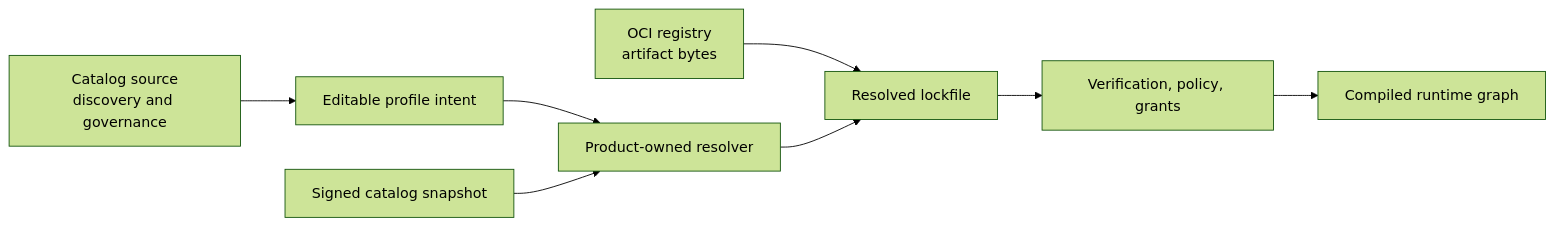
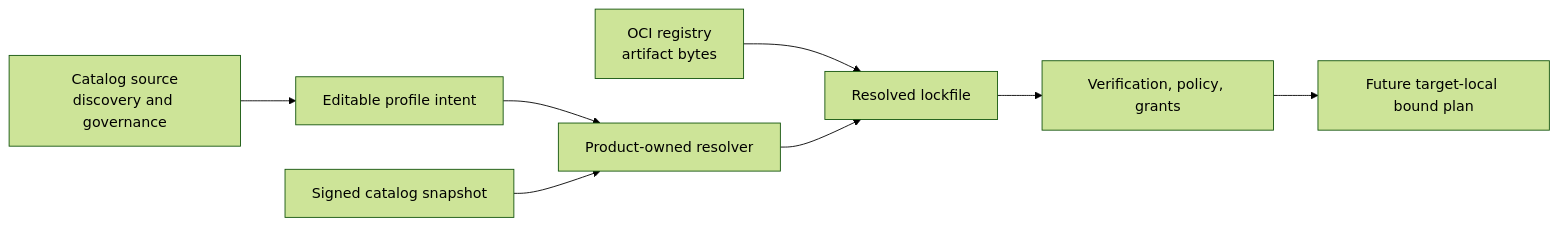
The first of 3 diagrams in docs/qualification/universal-module-extension-system/catalog-and-profiles.md (agent-teams-ai/extension-foundation), drawn with Mermaid (forest theme) before and after one commit. The commit also changed other lines of this file and 24 other files, not shown here.

Commit message:
docs(qualification): harden module architecture evidence

````diff
--- a/docs/qualification/universal-module-extension-system/catalog-and-profiles.md
+++ b/docs/qualification/universal-module-extension-system/catalog-and-profiles.md
@@ -20,10 +20,10 @@
 ```mermaid
 flowchart LR
     Catalog["Catalog source<br/>discovery and governance"] --> Profile["Editable profile intent"]
     Registry["OCI registry<br/>artifact bytes"] --> Lock["Resolved lockfile"]
     Profile --> Resolver["Product-owned resolver"]
     Resolver --> Lock
     Snapshot["Signed catalog snapshot"] --> Resolver
     Lock --> Admission["Verification, policy, grants"]
-    Admission --> Graph["Compiled runtime graph"]
+    Admission --> Graph["Future target-local bound plan"]
 ```
````
